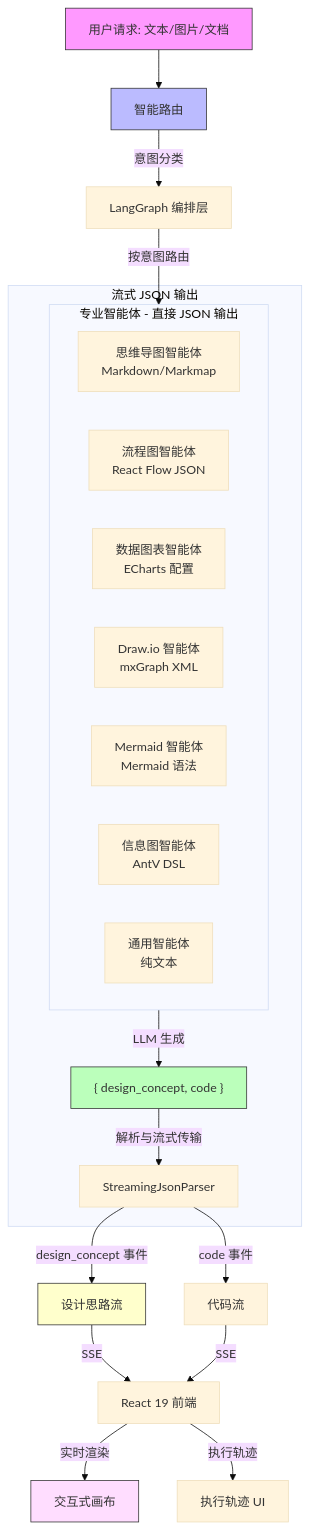
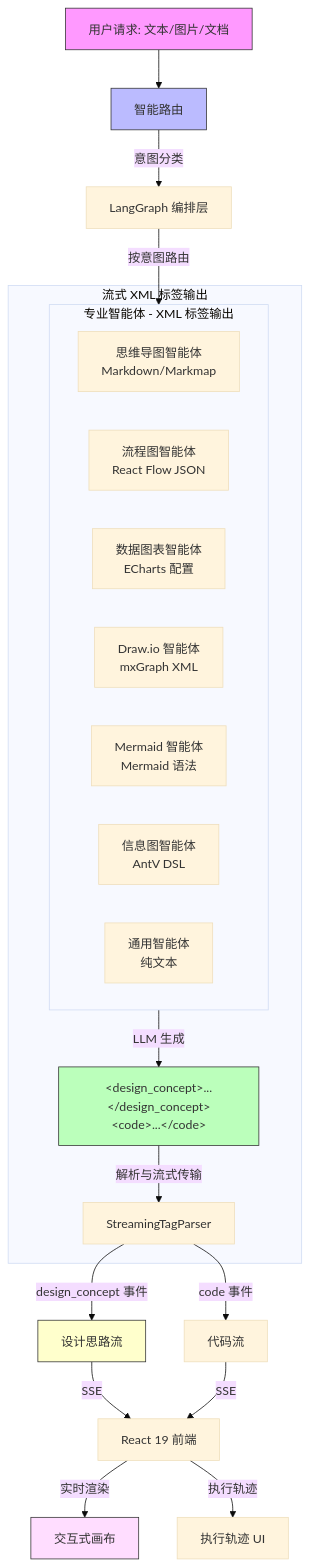
The diagram in README_CN.md (CrazyForks/DeepDiagram), drawn with Mermaid (base theme) before and after one commit. The commit also changed other lines of this file and 22 other files, not shown here.

````diff
--- a/README_CN.md
+++ b/README_CN.md
@@ -121,37 +123,37 @@
 ```mermaid
 graph TD
     Input[用户请求: 文本/图片/文档] --> Router[智能路由]
     Router -- 意图分类 --> Graph[LangGraph 编排层]
 
-    subgraph Agents [专业智能体 - 直接 JSON 输出]
+    subgraph Agents [专业智能体 - XML 标签输出]
         AgentMM[思维导图智能体<br/>Markdown/Markmap]
         AgentFlow[流程图智能体<br/>React Flow JSON]
         AgentChart[数据图表智能体<br/>ECharts 配置]
         AgentDraw[Draw.io 智能体<br/>mxGraph XML]
         AgentMermaid[Mermaid 智能体<br/>Mermaid 语法]
         AgentInfo[信息图智能体<br/>AntV DSL]
         AgentGeneral[通用智能体<br/>纯文本]
     end
 
     Graph -->|按意图路由| Agents
 
-    subgraph Output [流式 JSON 输出]
-        Agents -->|LLM 生成| JSON["{ design_concept, code }"]
-        JSON -->|解析与流式传输| Parser[StreamingJsonParser]
+    subgraph Output [流式 XML 标签输出]
+        Agents -->|LLM 生成| Tags["&lt;design_concept&gt;...&lt;/design_concept&gt;<br/>&lt;code&gt;...&lt;/code&gt;"]
+        Tags -->|解析与流式传输| Parser[StreamingTagParser]
     end
 
     Parser -->|design_concept 事件| DC[设计思路流]
     Parser -->|code 事件| Code[代码流]
 
     DC -->|SSE| Frontend[React 19 前端]
     Code -->|SSE| Frontend
 
     Frontend -->|实时渲染| Canvas[交互式画布]
     Frontend -->|执行轨迹| Trace[执行轨迹 UI]
 
     style Input fill:#f9f,stroke:#333
     style Router fill:#bbf,stroke:#333
-    style JSON fill:#bfb,stroke:#333
+    style Tags fill:#bfb,stroke:#333
     style Canvas fill:#fdf,stroke:#333
     style DC fill:#ffc,stroke:#333
 ```
````
